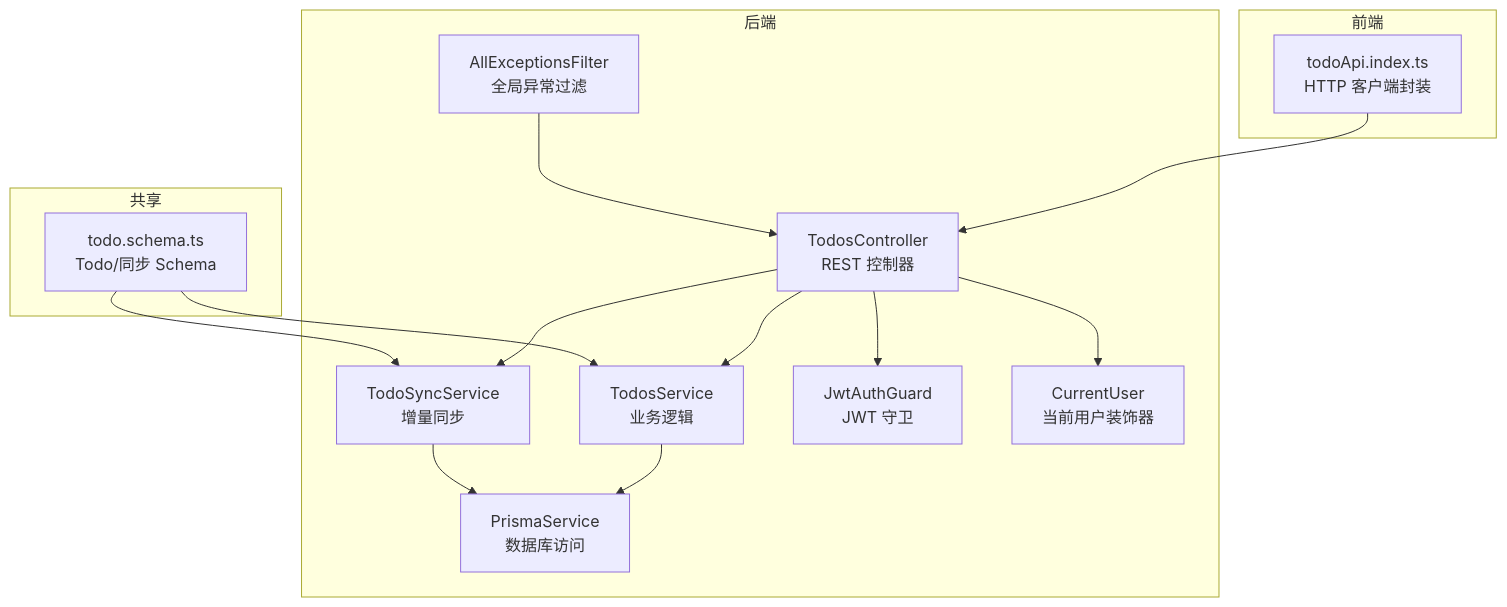
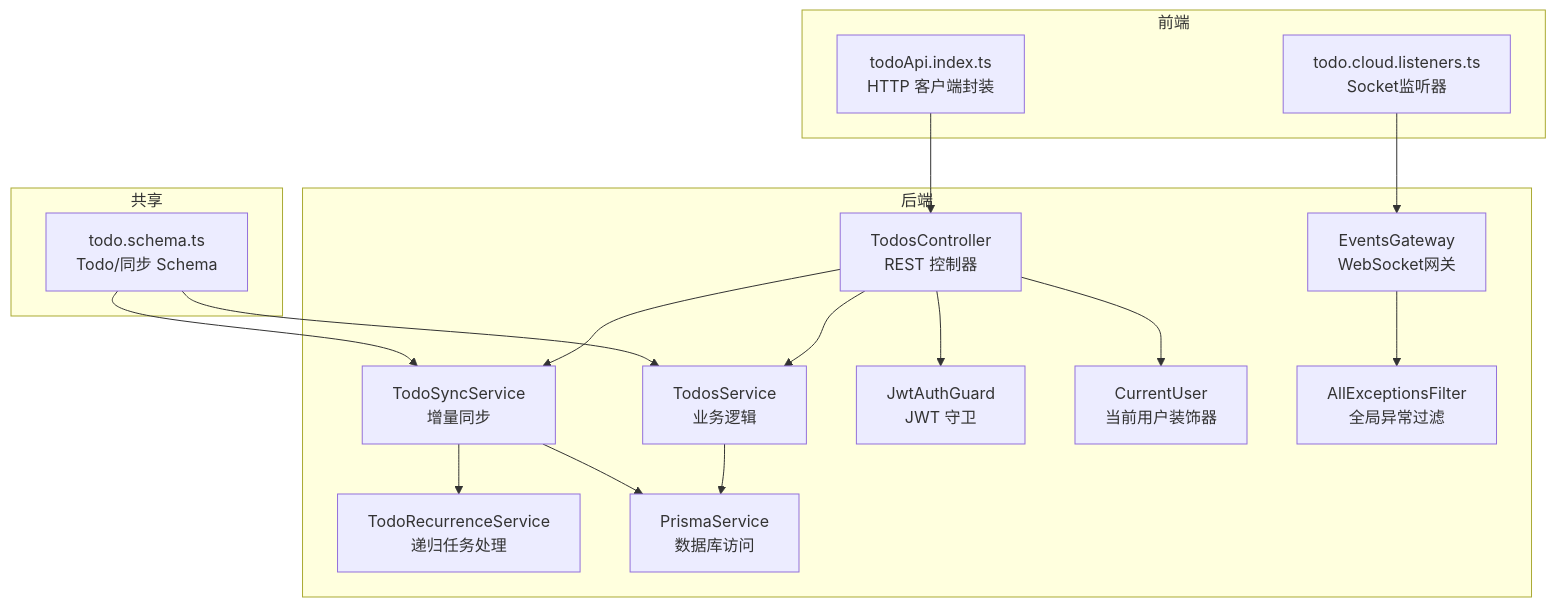
One commit to xixixiaoyu/Todo changed the first of 4 diagrams in .qoder/repowiki/zh/content/后端开发/待办事项模块/API 接口规范.md. Above: the diagram before and after it, drawn with Mermaid. The commit also changed other lines of this file and 77 other files, not shown here.

````diff
--- a/.qoder/repowiki/zh/content/后端开发/待办事项模块/API 接口规范.md
+++ b/.qoder/repowiki/zh/content/后端开发/待办事项模块/API 接口规范.md
@@ -46,28 +61,33 @@
 ```mermaid
 graph TB
 subgraph "后端"
 C["TodosController<br/>REST 控制器"]
 S["TodosService<br/>业务逻辑"]
 SS["TodoSyncService<br/>增量同步"]
+RG["TodoRecurrenceService<br/>递归任务处理"]
+EG["EventsGateway<br/>WebSocket网关"]
 G["JwtAuthGuard<br/>JWT 守卫"]
 D["CurrentUser<br/>当前用户装饰器"]
 F["AllExceptionsFilter<br/>全局异常过滤"]
 P["PrismaService<br/>数据库访问"]
 end
 subgraph "共享"
 SH["todo.schema.ts<br/>Todo/同步 Schema"]
 end
 subgraph "前端"
 FE["todoApi.index.ts<br/>HTTP 客户端封装"]
+FL["todo.cloud.listeners.ts<br/>Socket监听器"]
 end
 FE --> C
+FL --> EG
 C --> G
 C --> D
 C --> S
 C --> SS
+SS --> RG
 S --> P
 SS --> P
-F --> C
+EG --> F
 SH --> SS
 SH --> S
 ```
````
